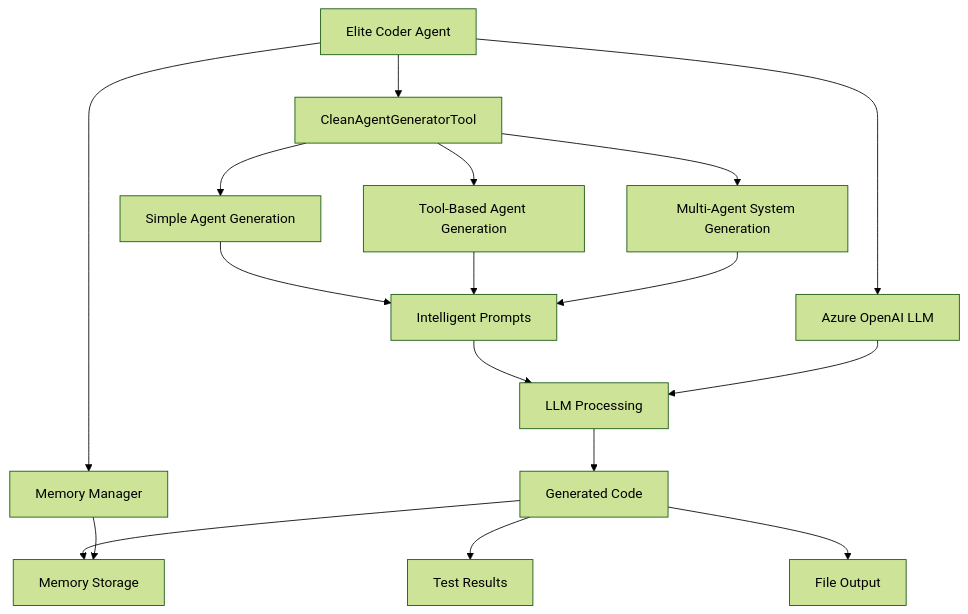
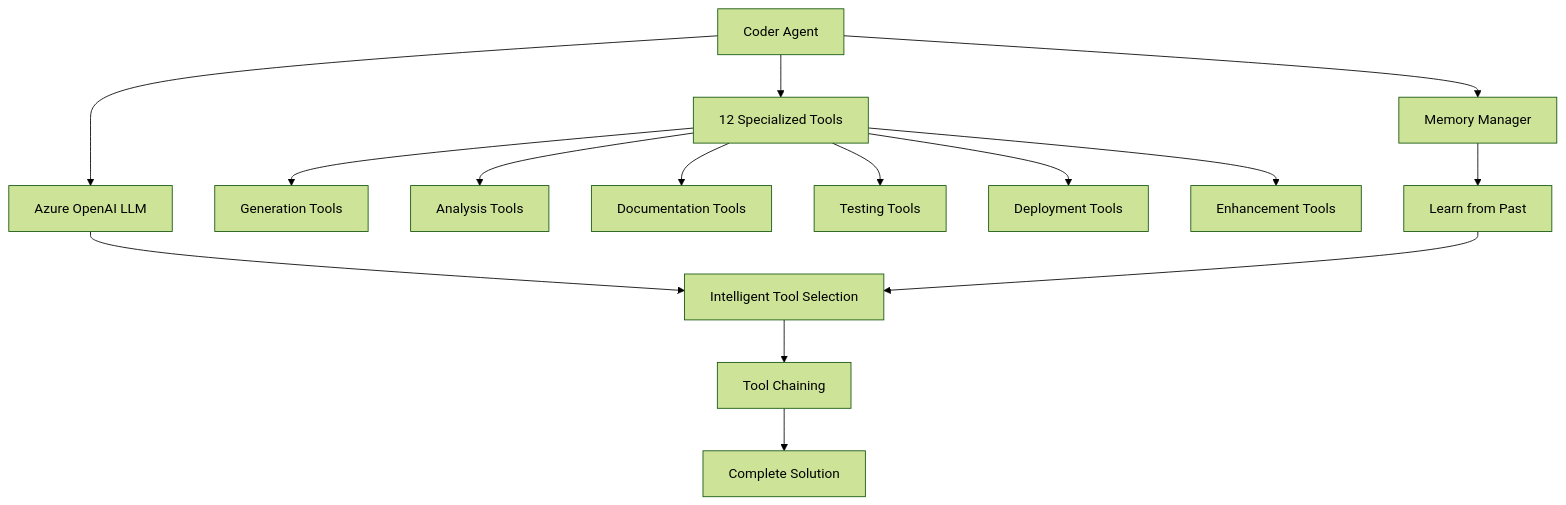
One commit to msenay/agents changed the diagram in core_agents/README_coder.md. Above: the diagram before and after it, drawn with Mermaid (forest theme). The commit also changed other lines of this file, not shown here.

Commit message:
Refactor Coder Agent README with comprehensive toolkit and advanced features

````diff
--- a/core_agents/README_coder.md
+++ b/core_agents/README_coder.md
@@ -69,24 +99,20 @@
 ```mermaid
 graph TB
-    A[Elite Coder Agent] --> B[CleanAgentGeneratorTool]
+    A[Coder Agent] --> B[12 Specialized Tools]
     A --> C[Memory Manager]
     A --> D[Azure OpenAI LLM]
     
-    B --> E[Simple Agent Generation]
-    B --> F[Tool-Based Agent Generation]
-    B --> G[Multi-Agent System Generation]
+    B --> E[Generation Tools]
+    B --> F[Analysis Tools]
+    B --> G[Documentation Tools]
+    B --> H[Testing Tools]
+    B --> I[Deployment Tools]
+    B --> J[Enhancement Tools]
     
-    E --> H[Intelligent Prompts]
-    F --> H
-    G --> H
+    D --> K[Intelligent Tool Selection]
+    K --> L[Tool Chaining]
+    L --> M[Complete Solution]
     
-    H --> I[LLM Processing]
-    I --> J[Generated Code]
-    
-    J --> K[Memory Storage]
-    J --> L[Test Results]
-    J --> M[File Output]
-    
-    C --> K
-    D --> I
+    C --> N[Learn from Past]
+    N --> K
 ```
````
